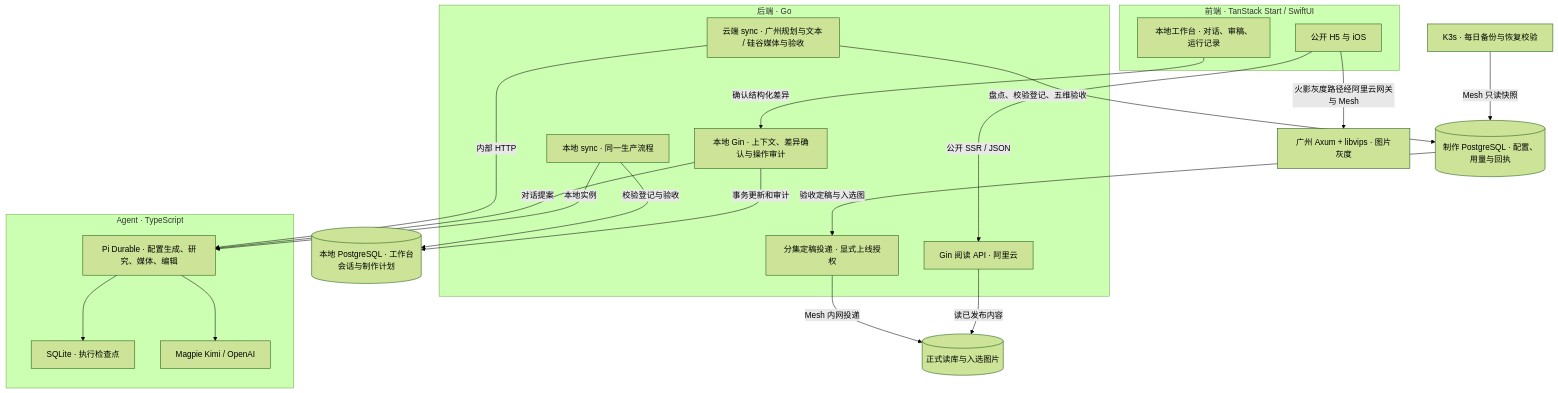
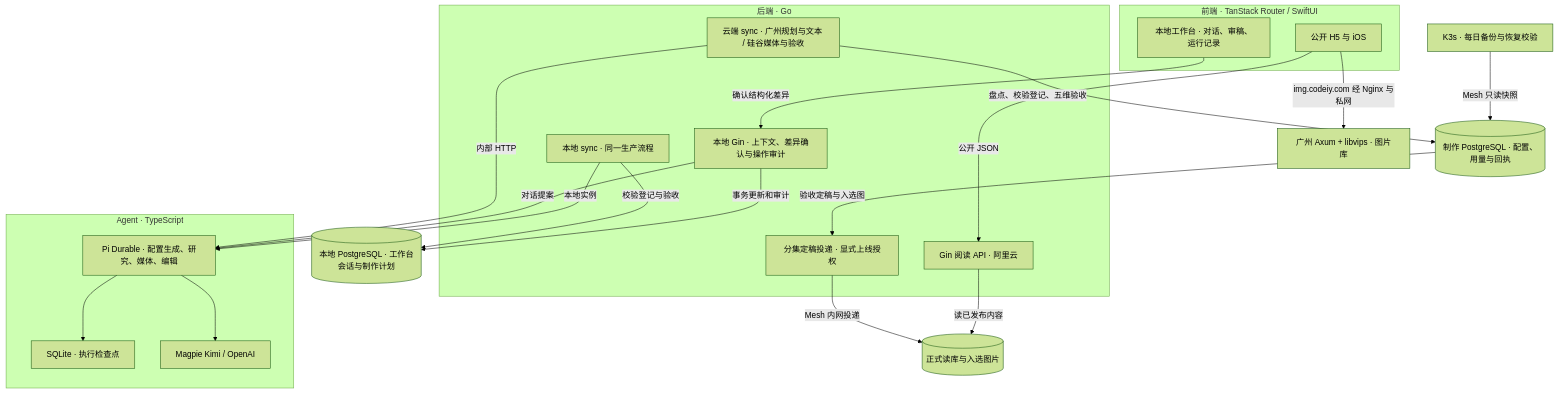
One commit to bluedao10000/player changed the diagram in docs/architecture.mmd. Above: the diagram before and after it, drawn with Mermaid (forest theme). The commit also changed 136 other files, not shown here.

Commit message:
部署：切换静态前端与独立图片域名

```diff
--- a/docs/architecture.mmd
+++ b/docs/architecture.mmd
@@ -1,52 +1,52 @@
 flowchart TB
-  subgraph front["前端 · TanStack Start / SwiftUI"]
+  subgraph front["前端 · TanStack Router / SwiftUI"]
     readers["公开 H5 与 iOS"]
     bench["本地工作台 · 对话、审稿、运行记录"]
   end
   subgraph backend["后端 · Go"]
     api["Gin 阅读 API · 阿里云"]
     admin["本地 Gin · 上下文、差异确认与操作审计"]
     localsync["本地 sync · 同一生产流程"]
     sync["云端 sync · 广州规划与文本 / 硅谷媒体与验收"]
     publish["分集定稿投递 · 显式上线授权"]
   end
   subgraph agents["Agent · TypeScript"]
     pi["Pi Durable · 配置生成、研究、媒体、编辑"]
     state["SQLite · 执行检查点"]
     models["Magpie Kimi / OpenAI"]
   end
   pg[("制作 PostgreSQL · 配置、用量与回执")]
   local[("本地 PostgreSQL · 工作台会话与制作计划")]
   online[("正式读库与入选图片")]
-  media["广州 Axum + libvips · 图片灰度"]
+  media["广州 Axum + libvips · 图片库"]
   backup["K3s · 每日备份与恢复校验"]
-  readers -->|公开 SSR / JSON| api
+  readers -->|公开 JSON| api
   api -->|读已发布内容| online
   bench -->|确认结构化差异| admin
   admin -->|事务更新和审计| local
   localsync -->|校验登记与验收| local
   localsync -->|本地实例| pi
   admin -->|对话提案| pi
   sync -->|盘点、校验登记、五维验收| pg
   sync -->|内部 HTTP| pi
   pi --> state
   pi --> models
   pg -->|验收定稿与入选图| publish
   publish -->|Mesh 内网投递| online
-  readers -->|火影灰度路径经阿里云网关与 Mesh| media
+  readers -->|img.codeiy.com 经 Nginx 与私网| media
   backup -->|Mesh 只读快照| pg
-%% readers | H5 服务端与 iOS 共享公开阅读契约和段落锚点。 | apps/ios/server/reader.server.ts
+%% readers | H5 与 iOS 共享公开阅读契约和段落锚点。 | apps/ios/server/reader.server.ts
 %% bench | 本地对话可跟踪分集状态及确认修改，并保留原有人工审稿。 | apps/web/src/routes/workbench.tsx
 %% api | 在线 Gin 提供正式站公开读模型和读者业务。 | apps/api/internal/handler/knowledge/world_api.go
 %% admin | Gin 从业务数据生成差异，确认后做版本校验、写事务及审计。 | apps/api/internal/handler/knowledge/chat.go
 %% localsync | 本地 Compose 的 sync、数据库和 Pi 实例互相配合。 | deploy/docker-compose.yml
 %% sync | 广州校验缺口并自动登记配置，硅谷执行媒体处理与五维验收。本地 Compose 运行同样的业务代码。 | apps/sync/internal/service/scheduler/production.go
 %% publish | 仅投递有明确上线授权的定稿，接收端按指纹幂等。 | apps/sync/cmd/reader-release/main.go
 %% pi | Pi 根据已登记来源模板生成分集配置，执行取证、写作、出图、验图和编辑。 | apps/agent/src/server.ts
 %% state | Pi 保存恢复执行所需的检查点。 | deploy/docker-compose.yml
 %% models | 文本走 Magpie Kimi，硅谷使用 OpenAI 图像和视觉模型。 | docs/模型用量与计费.md
 %% pg | 广州制作库保存业务事实、配置快照、预算、五维验收和发布回执。 | database/migrations/init.sql
 %% local | 本地工作台会话、结构化提案与计划不向公网开放。 | apps/web/src/features/workbench/local.ts
 %% online | 阿里云在一个事务中安装单集投影并记录回执。 | apps/api/internal/repository/queries/release/queries.queries
-%% media | 广州负责《火影忍者》试点图分发，其他作品继续读取正式站归档。 | apps/sync/ops/image-import/README.md
+%% media | 广州负责原件分发、签名与转换。 | apps/image/README.md
 %% backup | 从同一源快照导出、恢复并逐表核对。 | deploy/pg-backup/backup.sh
```
